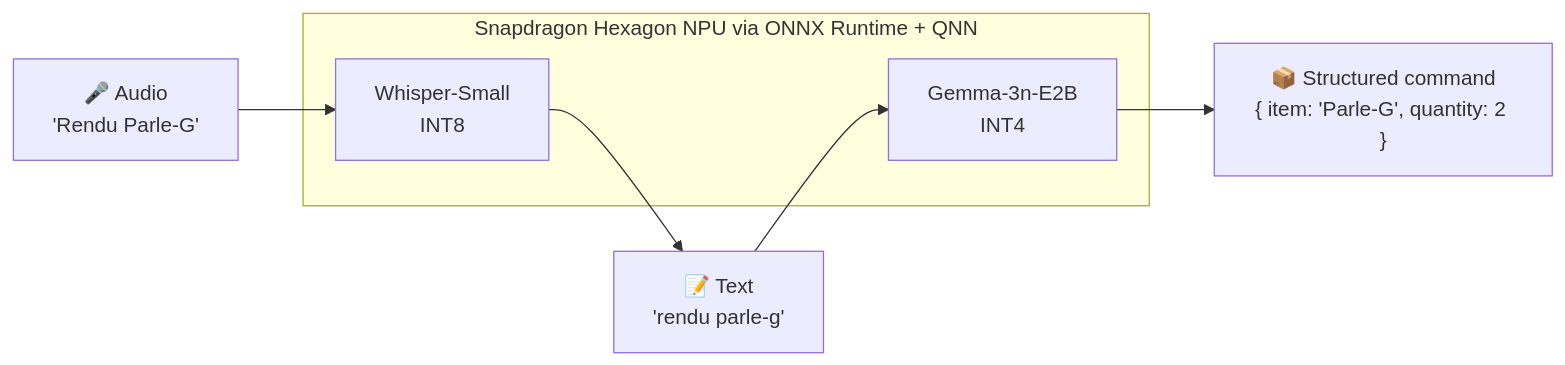
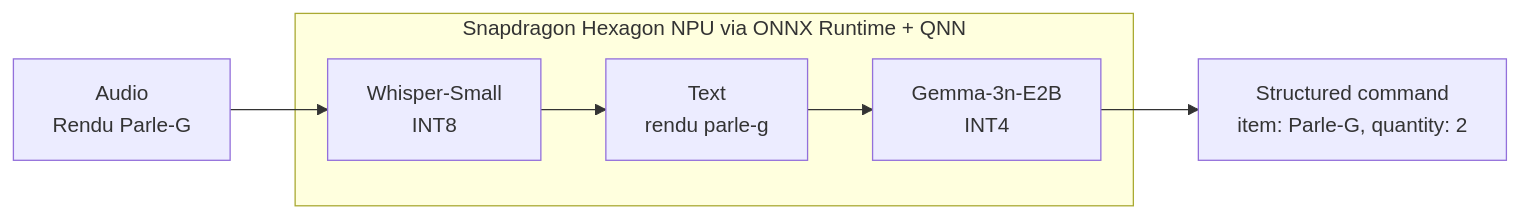
One commit to bowsii/Kirana-Flow changed the fifth of 7 diagrams in README.md. Above: the diagram before and after it, drawn with Mermaid. The commit also changed other lines of this file, not shown here.

````diff
--- a/README.md
+++ b/README.md
@@ -233,12 +243,9 @@
 ```mermaid
 flowchart LR
-    A["🎤 Audio<br/>'Rendu Parle-G'"] --> B["Whisper-Small<br/>INT8"]
-    B --> C["📝 Text<br/>'rendu parle-g'"]
-    C --> D["Gemma-3n-E2B<br/>INT4"]
-    D --> E["📦 Structured command<br/>{ item: 'Parle-G', quantity: 2 }"]
-
+    A["Audio<br/>Rendu Parle-G"] --> B
     subgraph NPU["Snapdragon Hexagon NPU via ONNX Runtime + QNN"]
-        B
-        D
+        B["Whisper-Small<br/>INT8"] --> C["Text<br/>rendu parle-g"]
+        C --> D["Gemma-3n-E2B<br/>INT4"]
     end
+    D --> E["Structured command<br/>item: Parle-G, quantity: 2"]
 ```
````
